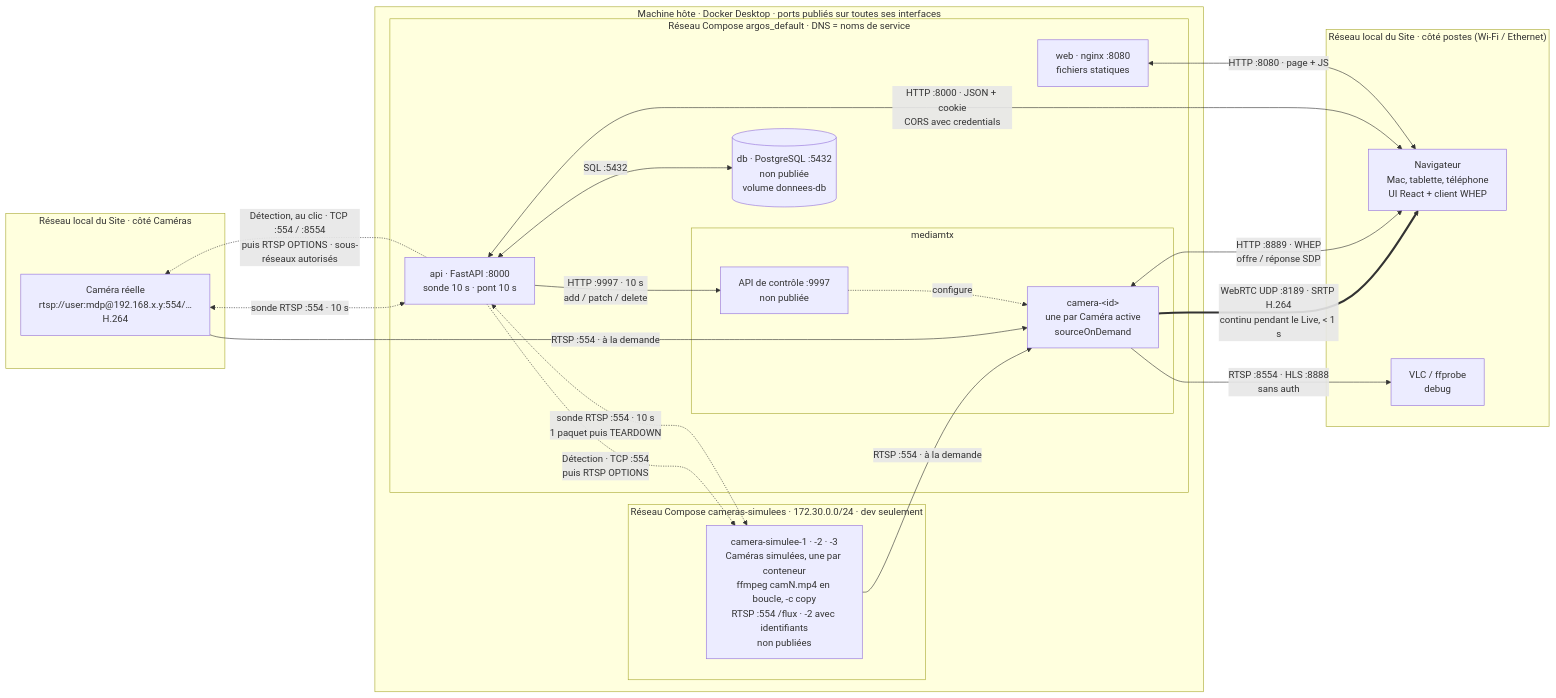
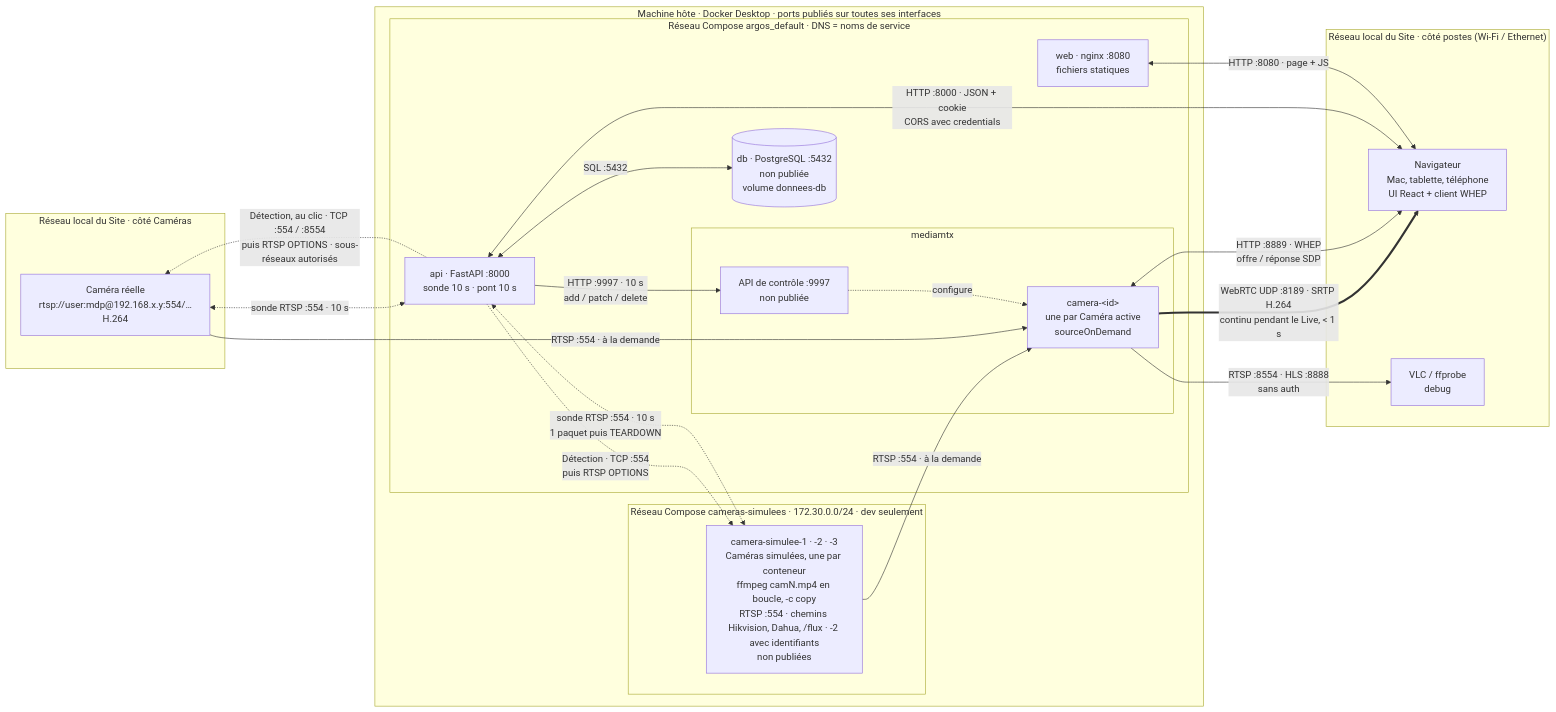
The diagram in docs/dev/schema-flux.md (UlyssouLV/ArgOS), drawn with Mermaid before and after one commit. The commit also changed other lines of this file and 11 other files, not shown here.

First line of the commit message:
Sert les Caméras simulées sur des chemins de vraies caméras (#26)

````diff
--- a/docs/dev/schema-flux.md
+++ b/docs/dev/schema-flux.md
@@ -7,43 +7,43 @@
 ```mermaid
 flowchart LR
     subgraph LANC["Réseau local du Site · côté Caméras"]
         CAMR["Caméra réelle<br/>rtsp://user:mdp@192.168.x.y:554/…<br/>H.264"]
     end
 
     subgraph HOTE["Machine hôte · Docker Desktop · ports publiés sur toutes ses interfaces"]
         subgraph SIMU["Réseau Compose cameras-simulees · 172.30.0.0/24 · dev seulement"]
-            SIM["camera-simulee-1 · -2 · -3<br/>Caméras simulées, une par conteneur<br/>ffmpeg camN.mp4 en boucle, -c copy<br/>RTSP :554 /flux · -2 avec identifiants<br/>non publiées"]
+            SIM["camera-simulee-1 · -2 · -3<br/>Caméras simulées, une par conteneur<br/>ffmpeg camN.mp4 en boucle, -c copy<br/>RTSP :554 · chemins Hikvision, Dahua, /flux · -2 avec identifiants<br/>non publiées"]
         end
         subgraph COMPOSE["Réseau Compose argos_default · DNS = noms de service"]
             subgraph MTX["mediamtx"]
                 PONT["camera-&lt;id&gt;<br/>une par Caméra active<br/>sourceOnDemand"]
                 CTRL["API de contrôle :9997<br/>non publiée"]
             end
             API["api · FastAPI :8000<br/>sonde 10 s · pont 10 s"]
             DB[("db · PostgreSQL :5432<br/>non publiée<br/>volume donnees-db")]
             WEB["web · nginx :8080<br/>fichiers statiques"]
         end
     end
 
     subgraph LANP["Réseau local du Site · côté postes (Wi-Fi / Ethernet)"]
         NAV["Navigateur<br/>Mac, tablette, téléphone<br/>UI React + client WHEP"]
         VLC["VLC / ffprobe<br/>debug"]
     end
 
     SIM -- "RTSP :554 · à la demande" --> PONT
     CAMR -- "RTSP :554 · à la demande" --> PONT
     PONT == "WebRTC UDP :8189 · SRTP H.264<br/>continu pendant le Live, < 1 s" ==> NAV
     PONT -- "RTSP :8554 · HLS :8888<br/>sans auth" --> VLC
 
     CAMR <-. "sonde RTSP :554 · 10 s" .-> API
     SIM <-. "sonde RTSP :554 · 10 s<br/>1 paquet puis TEARDOWN" .-> API
     API -- "HTTP :9997 · 10 s<br/>add / patch / delete" --> CTRL
     CTRL -. configure .-> PONT
     API <-- "SQL :5432" --> DB
     API -. "Détection, au clic · TCP :554 / :8554<br/>puis RTSP OPTIONS · sous-réseaux autorisés" .-> CAMR
     API -. "Détection · TCP :554<br/>puis RTSP OPTIONS" .-> SIM
 
     PONT <-- "HTTP :8889 · WHEP<br/>offre / réponse SDP" --> NAV
     API <-- "HTTP :8000 · JSON + cookie<br/>CORS avec credentials" --> NAV
     WEB <-- "HTTP :8080 · page + JS" --> NAV
 ```
````
